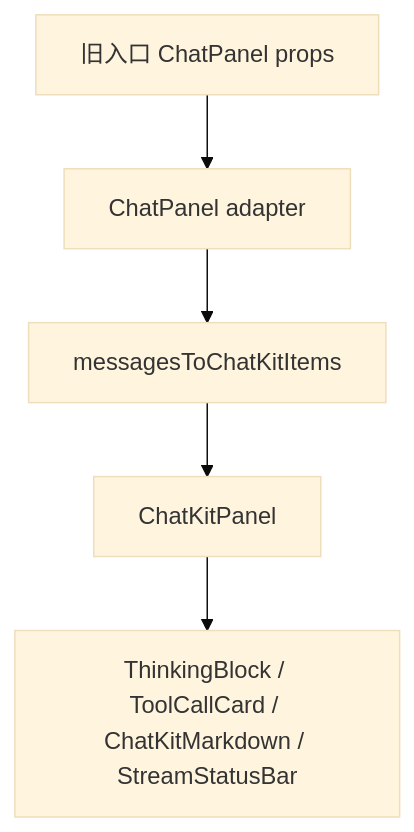
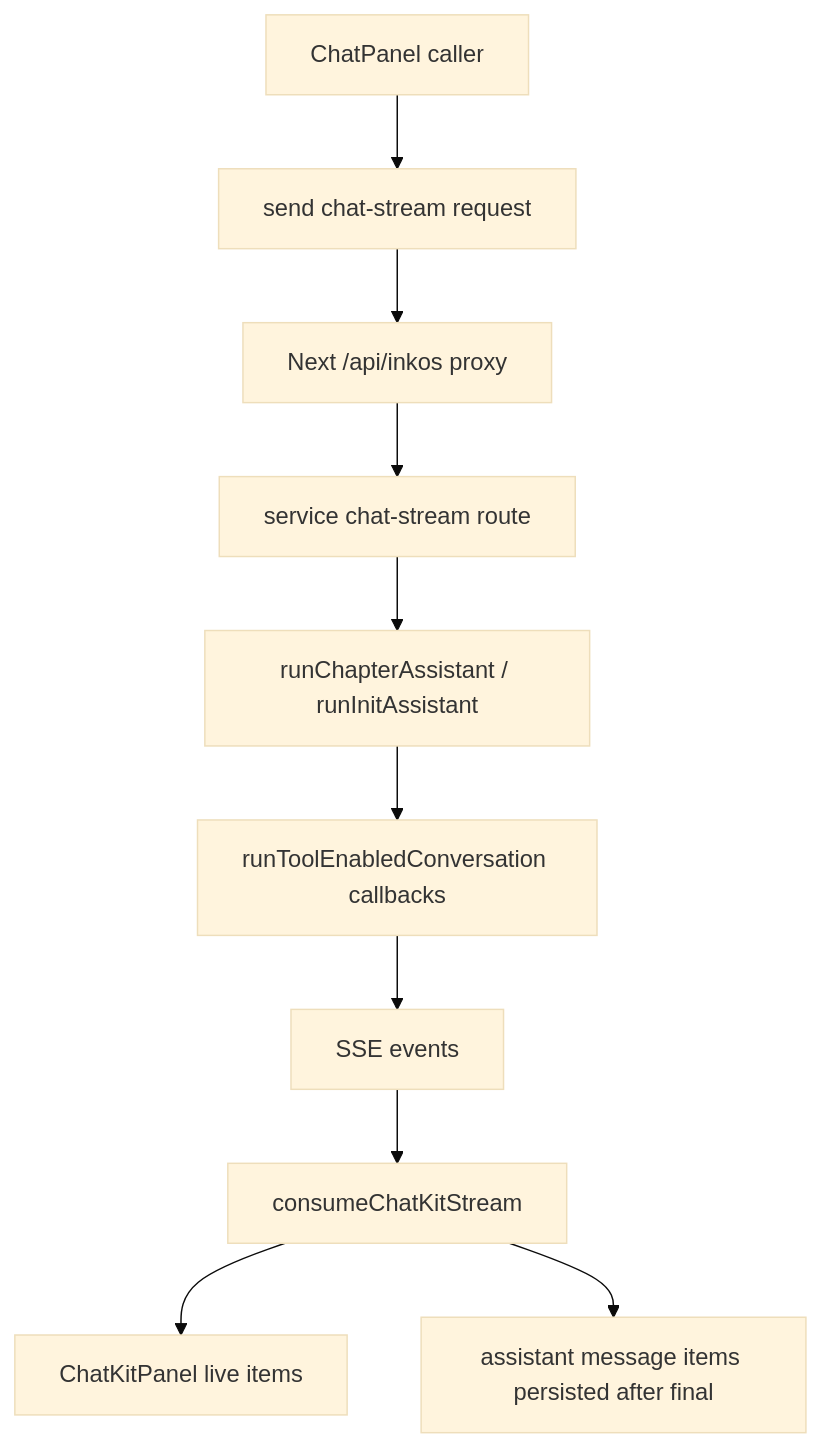
Before and after one commit to zhuxian89/inkos: the diagram in .codestable/features/2026-07-12-chat-kit-framework/chat-kit-framework-design.md, drawn with Mermaid (base theme). The commit also changed other lines of this file and 14 other files, not shown here.

Commit message:
Add ChatKit stream support for chapter and book chats

````diff
--- a/.codestable/features/2026-07-12-chat-kit-framework/chat-kit-framework-design.md
+++ b/.codestable/features/2026-07-12-chat-kit-framework/chat-kit-framework-design.md
@@ -98,7 +88,12 @@
 ```mermaid
 flowchart TD
-  A[旧入口 ChatPanel props] --> B[ChatPanel adapter]
-  B --> C[messagesToChatKitItems]
-  C --> D[ChatKitPanel]
-  D --> E[ThinkingBlock / ToolCallCard / ChatKitMarkdown / StreamStatusBar]
+  A[ChatPanel caller] --> B[send chat-stream request]
+  B --> C[Next /api/inkos proxy]
+  C --> D[service chat-stream route]
+  D --> E[runChapterAssistant / runInitAssistant]
+  E --> F[runToolEnabledConversation callbacks]
+  F --> G[SSE events]
+  G --> H[consumeChatKitStream]
+  H --> I[ChatKitPanel live items]
+  H --> J[assistant message items persisted after final]
 ```
````
